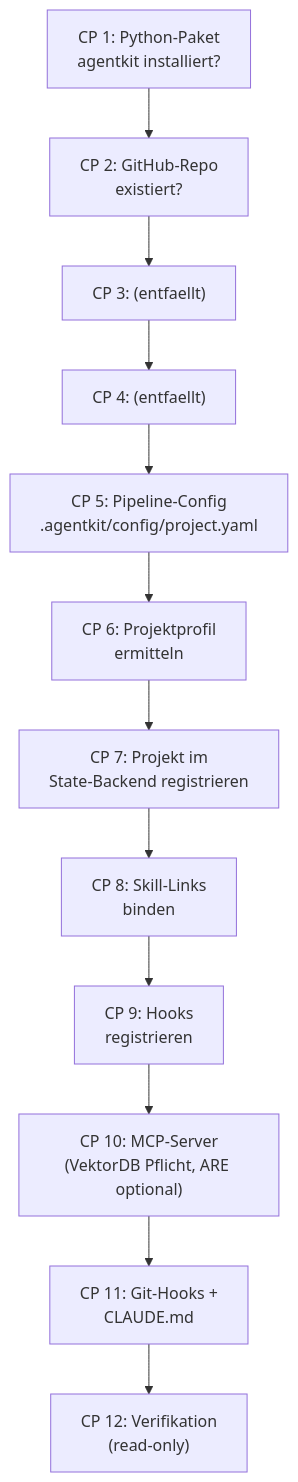
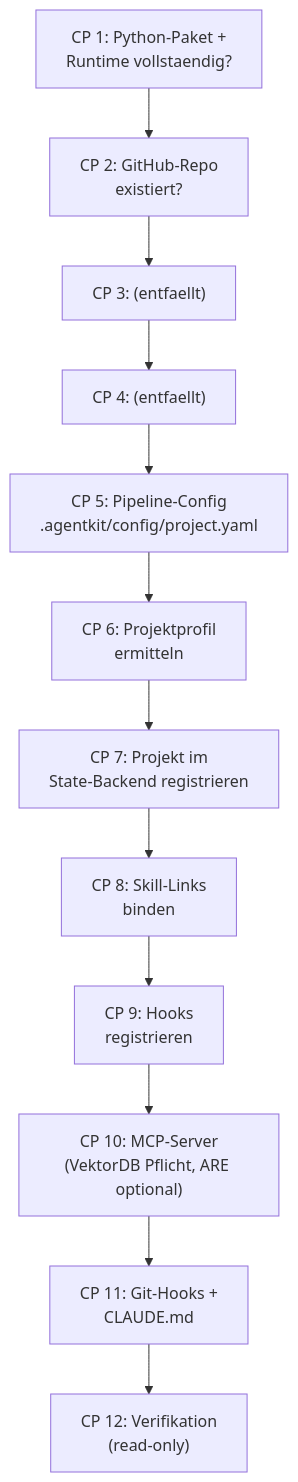
The diagram in concept/technical-design/50_installer_checkpoint_engine_bootstrap.md (saltenhof/claude-agentkit3), drawn with Mermaid before and after one commit. The commit also changed other lines of this file and 23 other files, not shown here.

````diff
--- a/concept/technical-design/50_installer_checkpoint_engine_bootstrap.md
+++ b/concept/technical-design/50_installer_checkpoint_engine_bootstrap.md
@@ -152,15 +152,15 @@
 ```mermaid
 flowchart TD
-    CP1["CP 1: Python-Paket<br/>agentkit installiert?"] --> CP2
+    CP1["CP 1: Python-Paket +<br/>Runtime vollstaendig?"] --> CP2
     CP2["CP 2: GitHub-Repo<br/>existiert?"] --> CP3
     CP3["CP 3: (entfaellt)"] --> CP4
     CP4["CP 4: (entfaellt)"] --> CP5
     CP5["CP 5: Pipeline-Config<br/>.agentkit/config/project.yaml"] --> CP6
     CP6["CP 6: Projektprofil<br/>ermitteln"] --> CP7
     CP7["CP 7: Projekt im<br/>State-Backend registrieren"] --> CP8
     CP8["CP 8: Skill-Links<br/>binden"] --> CP9
     CP9["CP 9: Hooks<br/>registrieren"] --> CP10
     CP10["CP 10: MCP-Server<br/>(VektorDB Pflicht, ARE optional)"] --> CP11
     CP11["CP 11: Git-Hooks +<br/>CLAUDE.md"] --> CP12
     CP12["CP 12: Verifikation<br/>(read-only)"]
 ```
````
